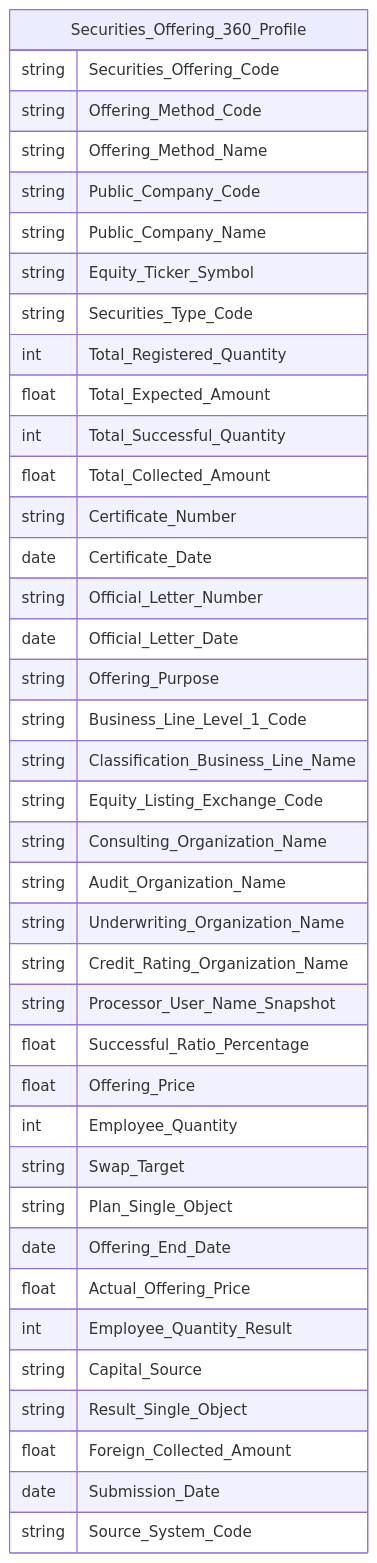
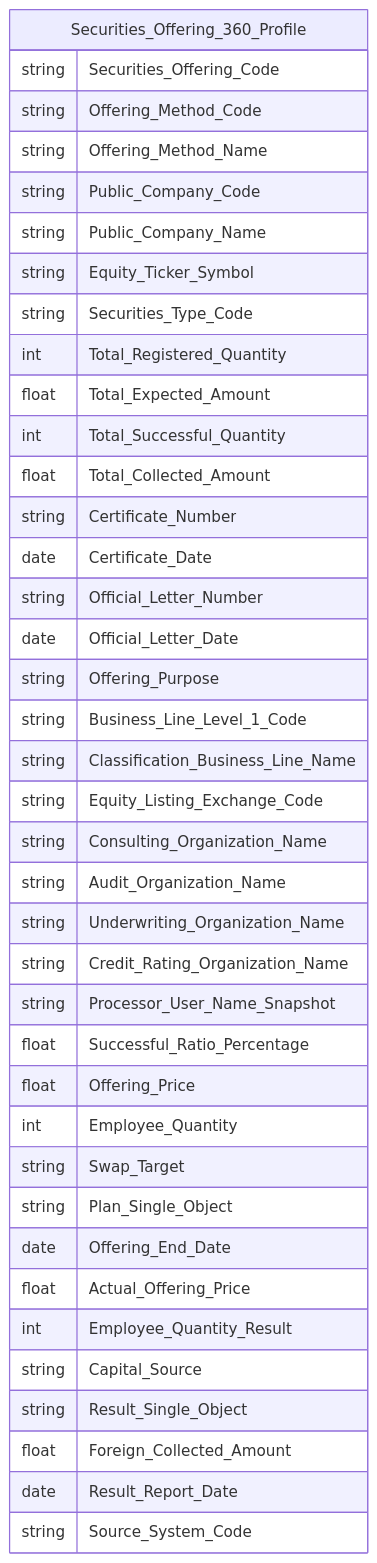
One commit to linhlvit/ubck_atomic_design changed diagram 12 of 22 in Datamart/hld/DTM_QLCB_HLD.md. Above: the diagram before and after it, drawn with Mermaid. The commit also changed other lines of this file and 9 other files, not shown here.

Commit message:
feat(qlcb): doi nguon K_QLCB_43 sang result_rpt_dt tren Result va dong bo schema QLCB

````diff
--- a/Datamart/hld/DTM_QLCB_HLD.md
+++ b/Datamart/hld/DTM_QLCB_HLD.md
@@ -660,42 +660,42 @@
 ```mermaid
 erDiagram
     Securities_Offering_360_Profile {
         string Securities_Offering_Code
         string Offering_Method_Code
         string Offering_Method_Name
         string Public_Company_Code
         string Public_Company_Name
         string Equity_Ticker_Symbol
         string Securities_Type_Code
         int Total_Registered_Quantity
         float Total_Expected_Amount
         int Total_Successful_Quantity
         float Total_Collected_Amount
         string Certificate_Number
         date Certificate_Date
         string Official_Letter_Number
         date Official_Letter_Date
         string Offering_Purpose
         string Business_Line_Level_1_Code
         string Classification_Business_Line_Name
         string Equity_Listing_Exchange_Code
         string Consulting_Organization_Name
         string Audit_Organization_Name
         string Underwriting_Organization_Name
         string Credit_Rating_Organization_Name
         string Processor_User_Name_Snapshot
         float Successful_Ratio_Percentage
         float Offering_Price
         int Employee_Quantity
         string Swap_Target
         string Plan_Single_Object
         date Offering_End_Date
         float Actual_Offering_Price
         int Employee_Quantity_Result
         string Capital_Source
         string Result_Single_Object
         float Foreign_Collected_Amount
-        date Submission_Date
+        date Result_Report_Date
         string Source_System_Code
     }
 ```
````
